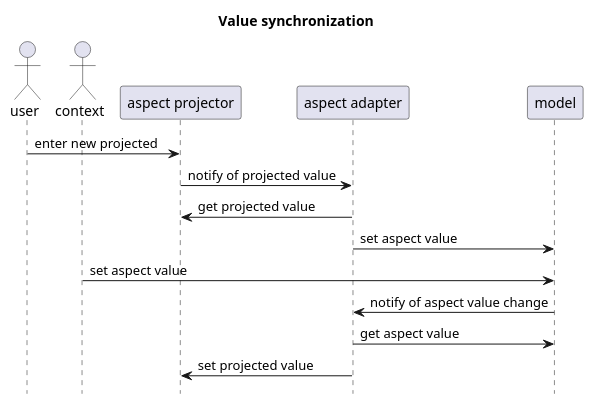
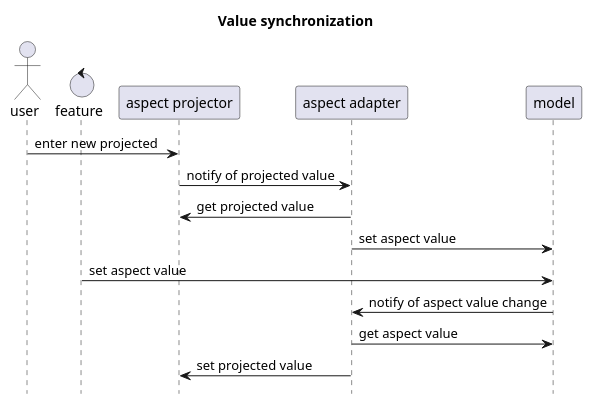
Before and after one commit to goranstack/esox: the third of 8 diagrams in gh-pages/src/main/asciidoc/index.adoc, drawn with PlantUML. The commit also changed other lines of this file and 1 other file, not shown here.

```diff
--- a/gh-pages/src/main/asciidoc/index.adoc
+++ b/gh-pages/src/main/asciidoc/index.adoc
@@ -89,20 +92,20 @@
 [plantuml, value-synchronization, svg]
 ....
 @startuml
 
 hide footbox
 title Value synchronization
 
 actor user
-actor context
+control feature
 
 user -> "aspect projector" : enter new projected
 "aspect projector" -> "aspect adapter" : notify of projected value
 "aspect adapter" -> "aspect projector" : get projected value
 "aspect adapter" -> model : set aspect value
-context -> model : set aspect value
+feature -> model : set aspect value
 model -> "aspect adapter" : notify of aspect value change
 "aspect adapter" -> model : get aspect value
 "aspect adapter" -> "aspect projector" : set projected value
 @enduml
 ....
```
